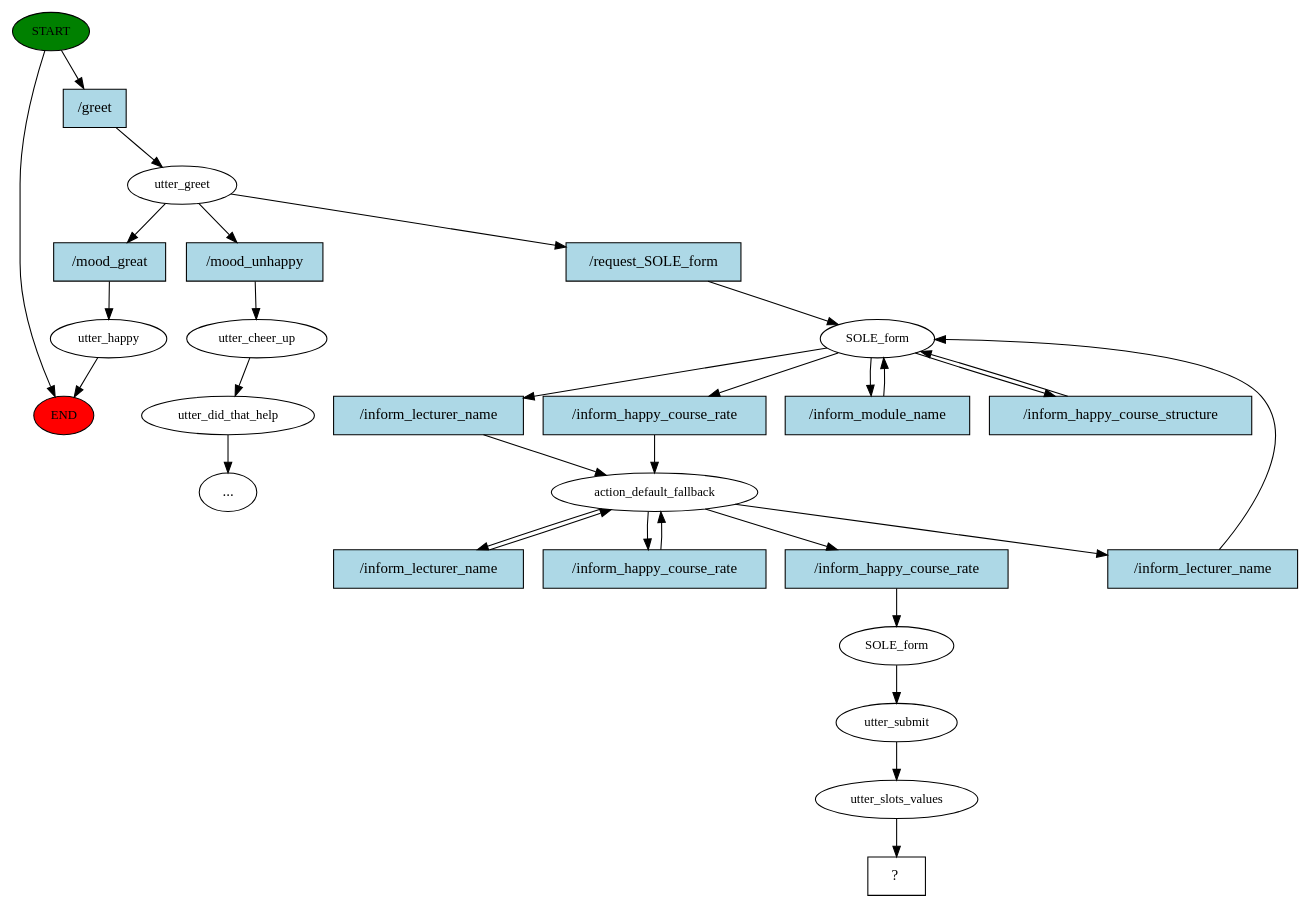
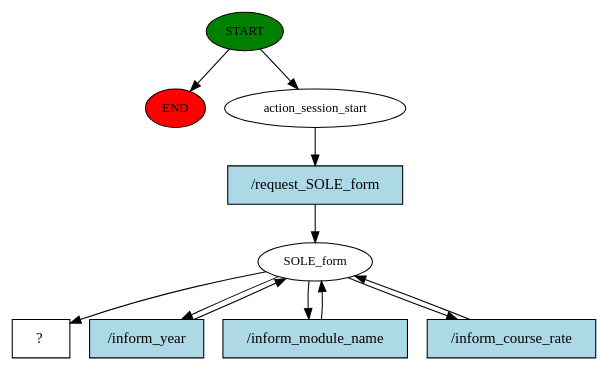
One commit to hkl19/Rasa-Surveybot1 changed the diagram in FYP/story_graph.dot. Above: the diagram before and after it, drawn with Graphviz. The commit also changed 117 other files, not shown here.

Commit message:
Added intent_course_structure

```diff
--- a/FYP/story_graph.dot
+++ b/FYP/story_graph.dot
@@ -1,58 +1,22 @@
 digraph  {
 0 [class="start active", fillcolor=green, fontsize=12, label=START, style=filled];
 "-1" [class=end, fillcolor=red, fontsize=12, label=END, style=filled];
-1 [class=active, fontsize=12, label=utter_greet];
-2 [class="", fontsize=12, label=utter_happy];
-4 [class="", fontsize=12, label=utter_cheer_up];
-5 [class="", fontsize=12, label=utter_did_that_help];
-"-4" [class=ellipsis, label="..."];
-10 [class=active, fontsize=12, label=SOLE_form];
-12 [class=active, fontsize=12, label=action_default_fallback];
-18 [class=active, fontsize=12, label=SOLE_form];
-19 [class=active, fontsize=12, label=utter_submit];
-20 [class=active, fontsize=12, label=utter_slots_values];
-21 [class="intent dashed active", label="  ?  ", shape=rect];
-22 [class="intent active", fillcolor=lightblue, label="/greet", shape=rect, style=filled];
-23 [class=intent, fillcolor=lightblue, label="/mood_great", shape=rect, style=filled];
-24 [class=intent, fillcolor=lightblue, label="/mood_unhappy", shape=rect, style=filled];
-25 [class="intent active", fillcolor=lightblue, label="/request_SOLE_form", shape=rect, style=filled];
-26 [class="intent active", fillcolor=lightblue, label="/inform_lecturer_name", shape=rect, style=filled];
-27 [class="intent active", fillcolor=lightblue, label="/inform_happy_course_rate", shape=rect, style=filled];
-28 [class="intent active", fillcolor=lightblue, label="/inform_module_name", shape=rect, style=filled];
-29 [class="intent active", fillcolor=lightblue, label="/inform_happy_course_structure", shape=rect, style=filled];
-30 [class="intent active", fillcolor=lightblue, label="/inform_lecturer_name", shape=rect, style=filled];
-31 [class="intent active", fillcolor=lightblue, label="/inform_happy_course_rate", shape=rect, style=filled];
-32 [class="intent active", fillcolor=lightblue, label="/inform_lecturer_name", shape=rect, style=filled];
-33 [class="intent active", fillcolor=lightblue, label="/inform_happy_course_rate", shape=rect, style=filled];
+1 [class=active, fontsize=12, label=action_session_start];
+2 [class=active, fontsize=12, label=SOLE_form];
+6 [class="intent dashed active", label="  ?  ", shape=rect];
+7 [class="intent active", fillcolor=lightblue, label="/request_SOLE_form", shape=rect, style=filled];
+8 [class="intent active", fillcolor=lightblue, label="/inform_year", shape=rect, style=filled];
+9 [class="intent active", fillcolor=lightblue, label="/inform_module_name", shape=rect, style=filled];
+10 [class="intent active", fillcolor=lightblue, label="/inform_course_rate", shape=rect, style=filled];
 0 -> "-1"  [class="", key=NONE, label=""];
-0 -> 22  [class=active, key=0];
-1 -> 23  [class="", key=0];
-1 -> 24  [class="", key=0];
-1 -> 25  [class=active, key=0];
-2 -> "-1"  [class="", key=NONE, label=""];
-4 -> 5  [class="", key=NONE, label=""];
-5 -> "-4"  [class="", key=NONE, label=""];
-10 -> 26  [class=active, key=0];
-10 -> 27  [class=active, key=0];
-10 -> 28  [class=active, key=0];
-10 -> 29  [class=active, key=0];
-12 -> 30  [class=active, key=0];
-12 -> 31  [class=active, key=0];
-12 -> 32  [class=active, key=0];
-12 -> 33  [class=active, key=0];
-18 -> 19  [class=active, key=NONE, label=""];
-19 -> 20  [class=active, key=NONE, label=""];
-20 -> 21  [class=active, key=NONE, label=""];
-22 -> 1  [class=active, key=0];
-23 -> 2  [class="", key=0];
-24 -> 4  [class="", key=0];
-25 -> 10  [class=active, key=0];
-26 -> 12  [class=active, key=0];
-27 -> 12  [class=active, key=0];
-28 -> 10  [class=active, key=0];
-29 -> 10  [class=active, key=0];
-30 -> 12  [class=active, key=0];
-31 -> 12  [class=active, key=0];
-32 -> 10  [class=active, key=0];
-33 -> 18  [class=active, key=0];
+0 -> 1  [class=active, key=NONE, label=""];
+1 -> 7  [class=active, key=0];
+2 -> 6  [class=active, key=NONE, label=""];
+2 -> 8  [class=active, key=0];
+2 -> 9  [class=active, key=0];
+2 -> 10  [class=active, key=0];
+7 -> 2  [class=active, key=0];
+8 -> 2  [class=active, key=0];
+9 -> 2  [class=active, key=0];
+10 -> 2  [class=active, key=0];
 }
```
